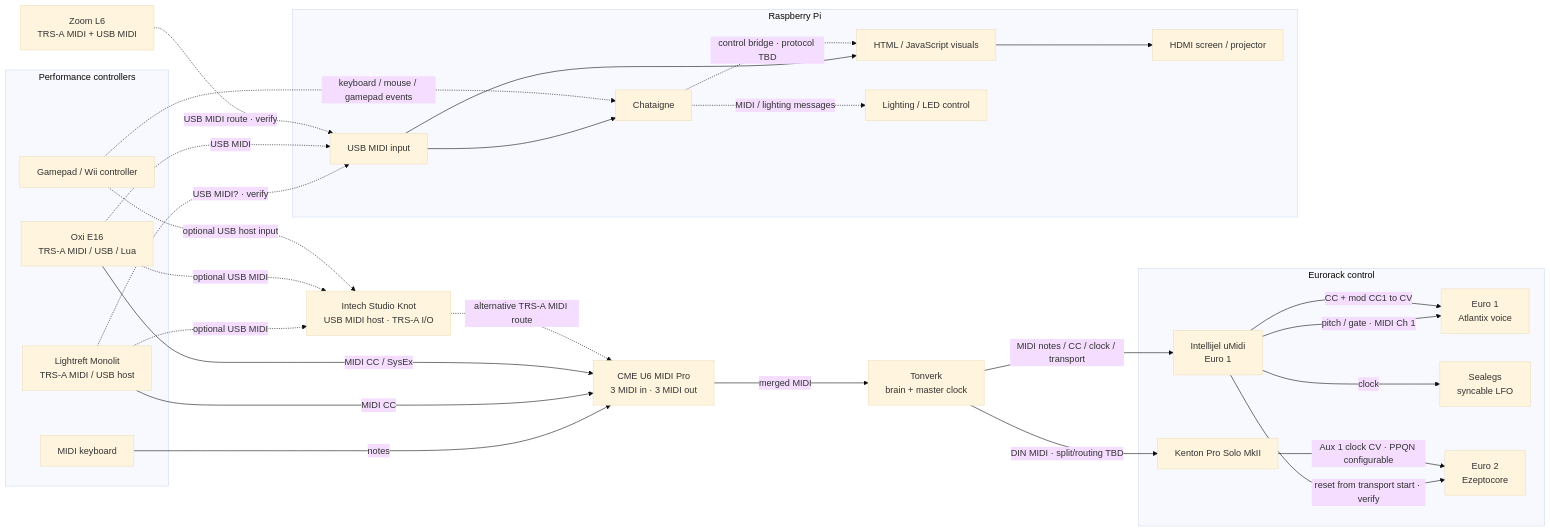
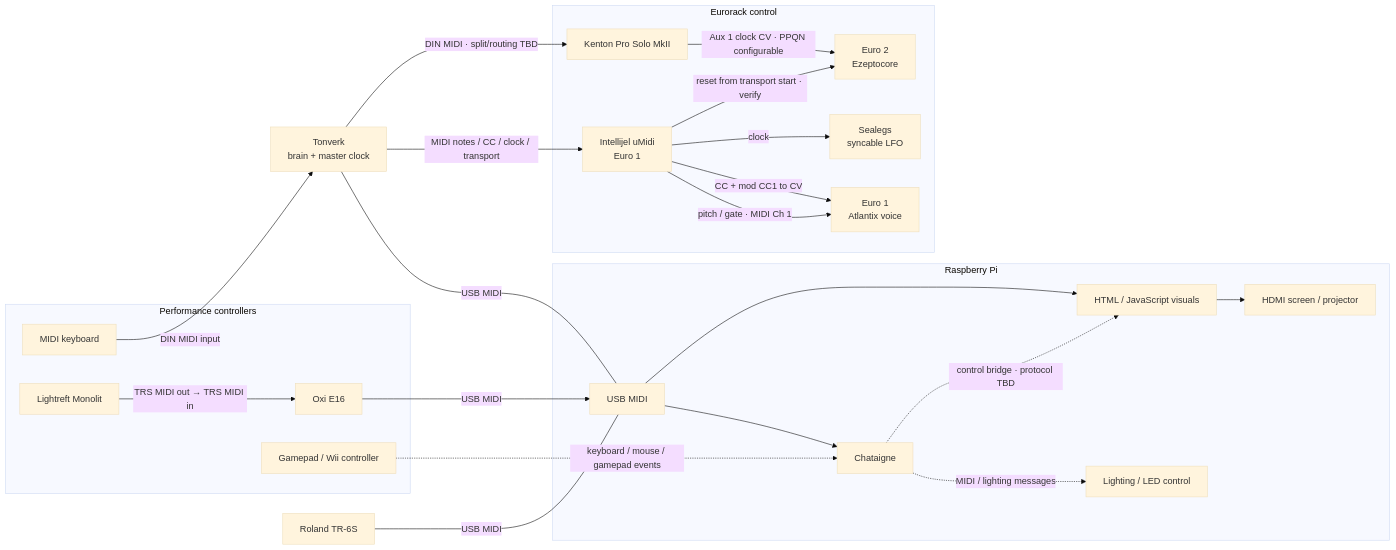
The second of 2 diagrams in docs/live-rig/audio-midi.md (LeaveTheCapital/tda), drawn with Mermaid (base theme) before and after one commit. The commit also changed other lines of this file, not shown here.

Commit message:
more accurate audio midi routing diagram

````diff
--- a/docs/live-rig/audio-midi.md
+++ b/docs/live-rig/audio-midi.md
@@ -57,60 +58,50 @@
 ```mermaid
 flowchart LR
     subgraph CONTROLLERS["Performance controllers"]
         KEYBOARD["MIDI keyboard"]
-        MONOLIT["Lightreft Monolit<br/>TRS-A MIDI / USB host"]
-        E16["Oxi E16<br/>TRS-A MIDI / USB / Lua"]
+        MONOLIT["Lightreft Monolit"]
+        E16["Oxi E16"]
         GAMEPAD["Gamepad / Wii controller"]
     end
 
-    CME_U6["CME U6 MIDI Pro<br/>3 MIDI in · 3 MIDI out"]
     TONVERK["Tonverk<br/>brain + master clock"]
+    TR6S["Roland TR-6S"]
 
     subgraph EURO_CONTROL["Eurorack control"]
         UMIDI["Intellijel uMidi<br/>Euro 1"]
         EURO1_VOICE["Euro 1<br/>Atlantix voice"]
         SEALEGS_CLOCK["Sealegs<br/>syncable LFO"]
         KENTON["Kenton Pro Solo MkII"]
         EZE_CONTROL["Euro 2<br/>Ezeptocore"]
 
         UMIDI -->|"pitch / gate · MIDI Ch 1"| EURO1_VOICE
         UMIDI -->|"CC + mod CC1 to CV"| EURO1_VOICE
         UMIDI -->|clock| SEALEGS_CLOCK
         UMIDI -->|"reset from transport start · verify"| EZE_CONTROL
         KENTON -->|"Aux 1 clock CV · PPQN configurable"| EZE_CONTROL
     end
 
     subgraph PI["Raspberry Pi"]
-        PI_MIDI["USB MIDI input"]
+        PI_MIDI["USB MIDI"]
         CHATAIGNE["Chataigne"]
         VISUALS["HTML / JavaScript visuals"]
         LIGHTING["Lighting / LED control"]
         HDMI["HDMI screen / projector"]
 
         PI_MIDI --> CHATAIGNE
         PI_MIDI --> VISUALS
         CHATAIGNE -.->|"MIDI / lighting messages"| LIGHTING
         CHATAIGNE -.->|"control bridge · protocol TBD"| VISUALS
         VISUALS --> HDMI
     end
 
-    KNOT["Intech Studio Knot<br/>USB MIDI host · TRS-A I/O"]
-    L6_MIDI["Zoom L6<br/>TRS-A MIDI + USB MIDI"]
-
-    KEYBOARD -->|"notes"| CME_U6
-    MONOLIT -->|"MIDI CC"| CME_U6
-    E16 -->|"MIDI CC / SysEx"| CME_U6
-    CME_U6 -->|"merged MIDI"| TONVERK
+    KEYBOARD -->|"DIN MIDI input"| TONVERK
+    MONOLIT -->|"TRS MIDI out → TRS MIDI in"| E16
+    E16 -->|"USB MIDI"| PI_MIDI
+    TONVERK ---|"USB MIDI"| PI_MIDI
+    TR6S ---|"USB MIDI"| PI_MIDI
     TONVERK -->|"MIDI notes / CC / clock / transport"| UMIDI
     TONVERK -->|"DIN MIDI · split/routing TBD"| KENTON
 
-    MONOLIT -.->|"optional USB MIDI"| KNOT
-    E16 -.->|"optional USB MIDI"| KNOT
-    GAMEPAD -.->|"optional USB host input"| KNOT
-    KNOT -.->|"alternative TRS-A MIDI route"| CME_U6
-
-    MONOLIT -.->|"USB MIDI? · verify"| PI_MIDI
-    E16 -.->|"USB MIDI"| PI_MIDI
-    L6_MIDI -.->|"USB MIDI route · verify"| PI_MIDI
     GAMEPAD -.->|"keyboard / mouse / gamepad events"| CHATAIGNE
 ```
````
